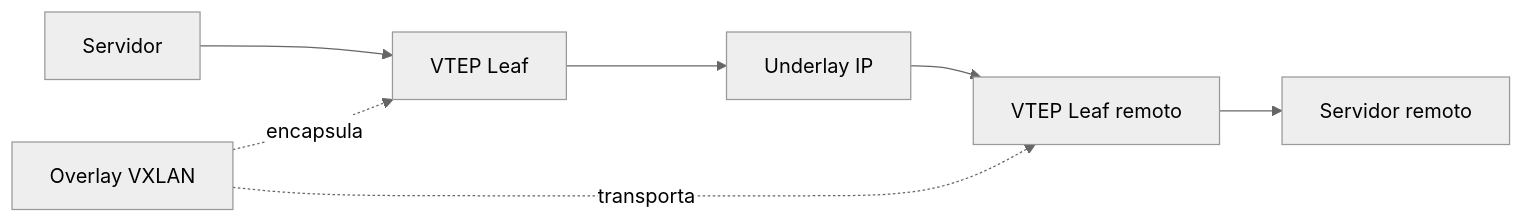
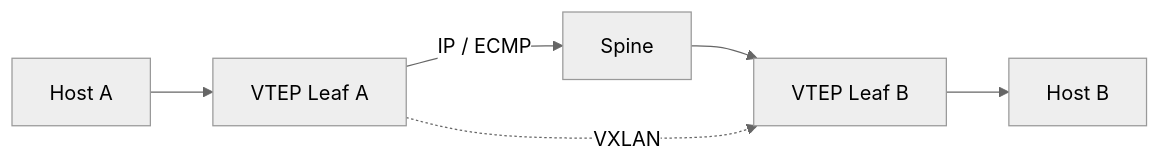
One commit to aramirezdr/slides-redes-de-datos changed the fifth of 6 diagrams in slides.md. Above: the diagram before and after it, drawn with Mermaid (neutral theme). The commit also changed other lines of this file, not shown here.

````diff
--- a/slides.md
+++ b/slides.md
@@ -340,10 +364,8 @@
 ```mermaid
 flowchart LR
-    A[Servidor] --> B[VTEP Leaf]
-    B --> C[Underlay IP]
-    C --> D[VTEP Leaf remoto]
-    D --> E[Servidor remoto]
-
-    F[Overlay VXLAN] -. encapsula .-> B
-    F -. transporta .-> D
+  H1[Host A] --> L1[VTEP Leaf A]
+  L1 -->|IP / ECMP| SP[Spine]
+  SP --> L2[VTEP Leaf B]
+  L2 --> H2[Host B]
+  L1 -. VXLAN .-> L2
 ```
````
